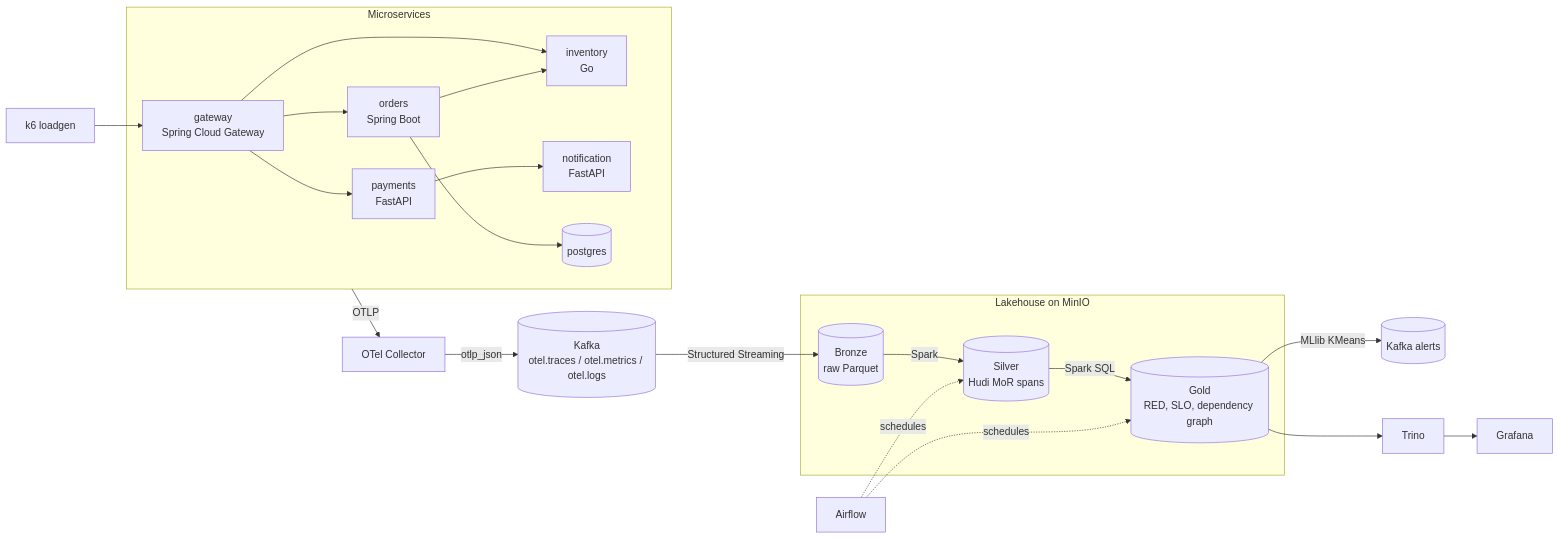
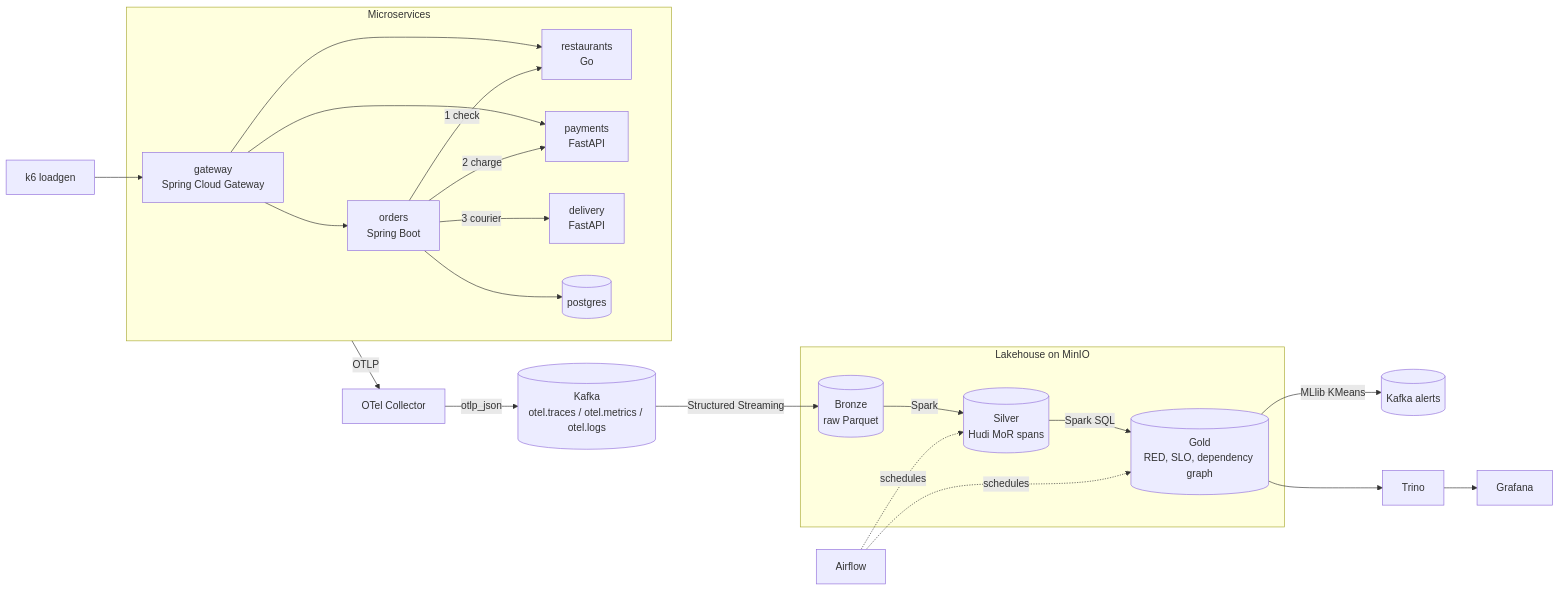
Before and after one commit to MohamedOuijjane/tracelake: the diagram in README.md, drawn with Mermaid. The commit also changed other lines of this file and 2 other files, not shown here.

First line of the commit message:
docs: describe the food delivery flow and its trace

````diff
--- a/README.md
+++ b/README.md
@@ -11,31 +11,33 @@
 ```mermaid
 flowchart LR
   subgraph apps[Microservices]
     gw[gateway<br/>Spring Cloud Gateway]
     ord[orders<br/>Spring Boot]
+    rest[restaurants<br/>Go]
     pay[payments<br/>FastAPI]
-    inv[inventory<br/>Go]
-    notif[notification<br/>FastAPI]
+    del[delivery<br/>FastAPI]
     pg[(postgres)]
   end
   k6[k6 loadgen] --> gw
-  gw --> ord & pay & inv
-  ord --> inv & pg
-  pay --> notif
+  gw --> ord & rest & pay
+  ord -->|1 check| rest
+  ord -->|2 charge| pay
+  ord -->|3 courier| del
+  ord --> pg
 
   apps -- OTLP --> col[OTel Collector]
   col -- otlp_json --> kafka[(Kafka<br/>otel.traces / otel.metrics / otel.logs)]
 
   subgraph lake[Lakehouse on MinIO]
     bronze[(Bronze<br/>raw Parquet)]
     silver[(Silver<br/>Hudi MoR spans)]
     gold[(Gold<br/>RED, SLO, dependency graph)]
   end
 
   kafka -- Structured Streaming --> bronze
   bronze -- Spark --> silver
   silver -- Spark SQL --> gold
   gold -- MLlib KMeans --> alerts[(Kafka alerts)]
   gold --> trino[Trino] --> grafana[Grafana]
   airflow[Airflow] -. schedules .-> silver & gold
 ```
````
